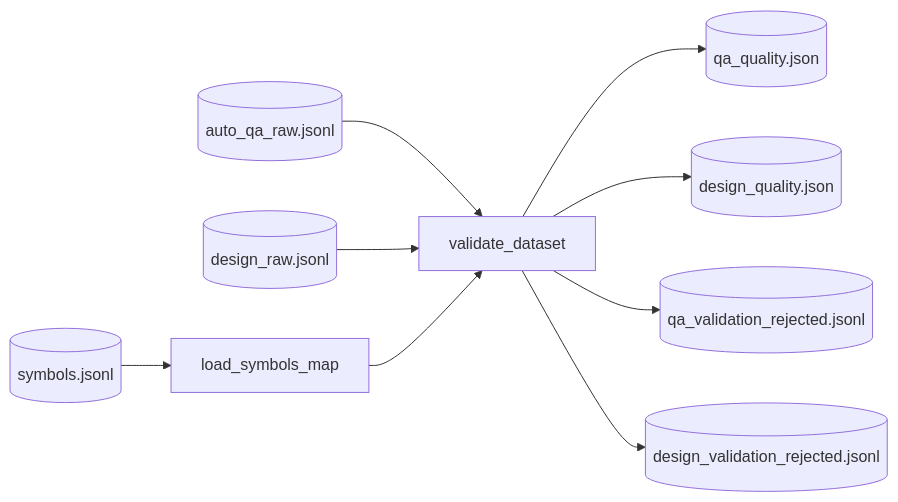
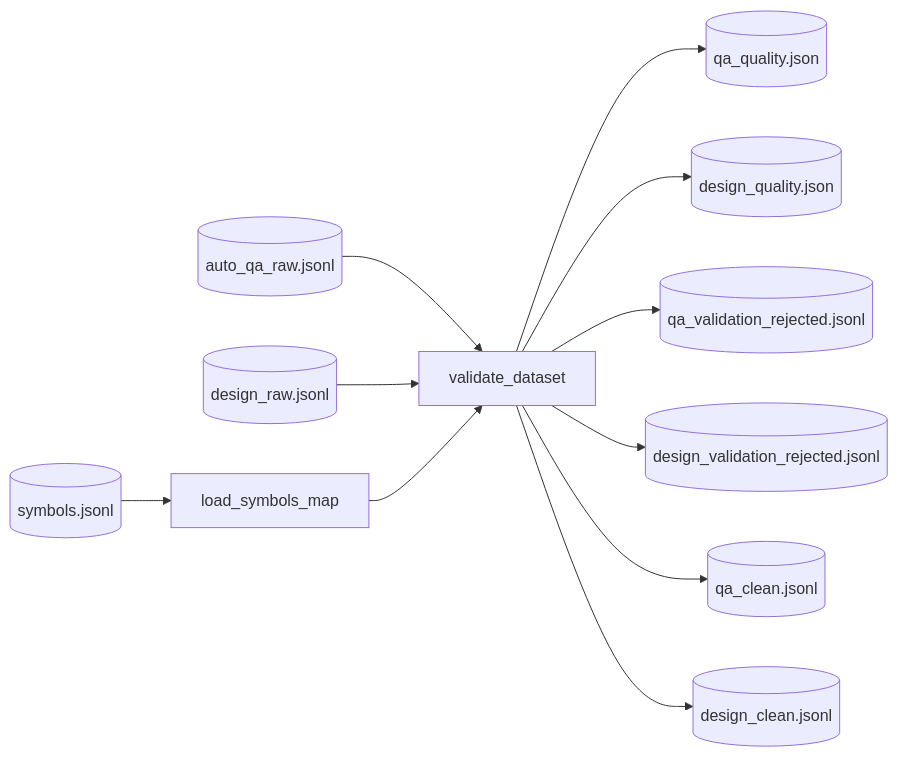
The diagram in docs/pipeline/05-validation-step.md (FlutteryEmbers/intelligent_code), drawn with Mermaid before and after one commit. The commit also changed other lines of this file and 37 other files, not shown here.

````diff
--- a/docs/pipeline/05-validation-step.md
+++ b/docs/pipeline/05-validation-step.md
@@ -58,11 +65,13 @@
 ```mermaid
 flowchart LR
   S[(symbols.jsonl)] --> M[load_symbols_map]
   Q[(auto_qa_raw.jsonl)] --> V[validate_dataset]
   D[(design_raw.jsonl)] --> V
   M --> V
   V --> R1[(qa_quality.json)]
   V --> R2[(design_quality.json)]
   V --> X1[(qa_validation_rejected.jsonl)]
   V --> X2[(design_validation_rejected.jsonl)]
+  V --> C1[(qa_clean.jsonl)]
+  V --> C2[(design_clean.jsonl)]
 ```
````
